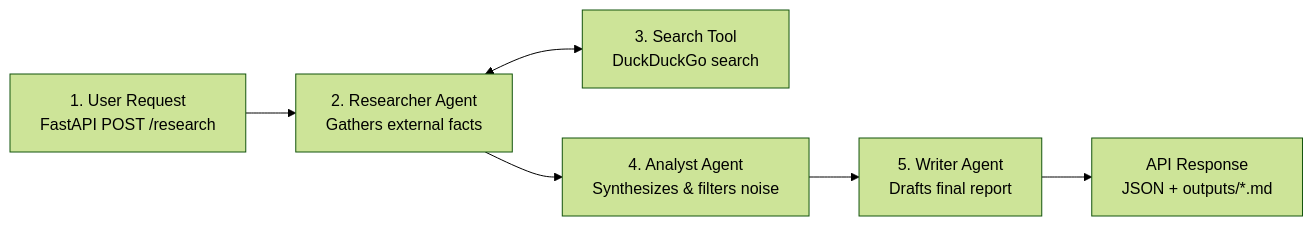
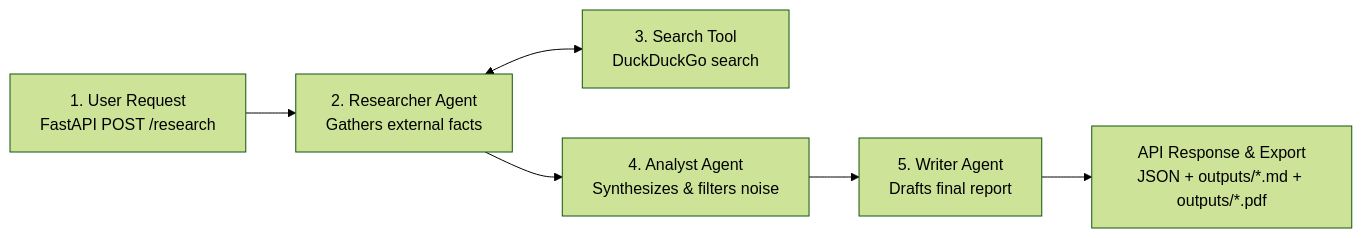
One commit to vedsongire/Research_crew changed the diagram in README.md. Above: the diagram before and after it, drawn with Mermaid (forest theme). The commit also changed other lines of this file and 11 other files, not shown here.

Commit message:
feat: add PDF export, increase token limit to 5000, and sanitize text formatting

````diff
--- a/README.md
+++ b/README.md
@@ -13,8 +13,8 @@
 ```mermaid
 flowchart LR
     A[1. User Request<br>FastAPI POST /research] --> B[2. Researcher Agent<br>Gathers external facts]
     B <--> C[3. Search Tool<br>DuckDuckGo search]
     B --> D[4. Analyst Agent<br>Synthesizes & filters noise]
     D --> E[5. Writer Agent<br>Drafts final report]
-    E --> F[API Response<br>JSON + outputs/*.md]
+    E --> F[API Response & Export<br>JSON + outputs/*.md + outputs/*.pdf]
 ```
````
